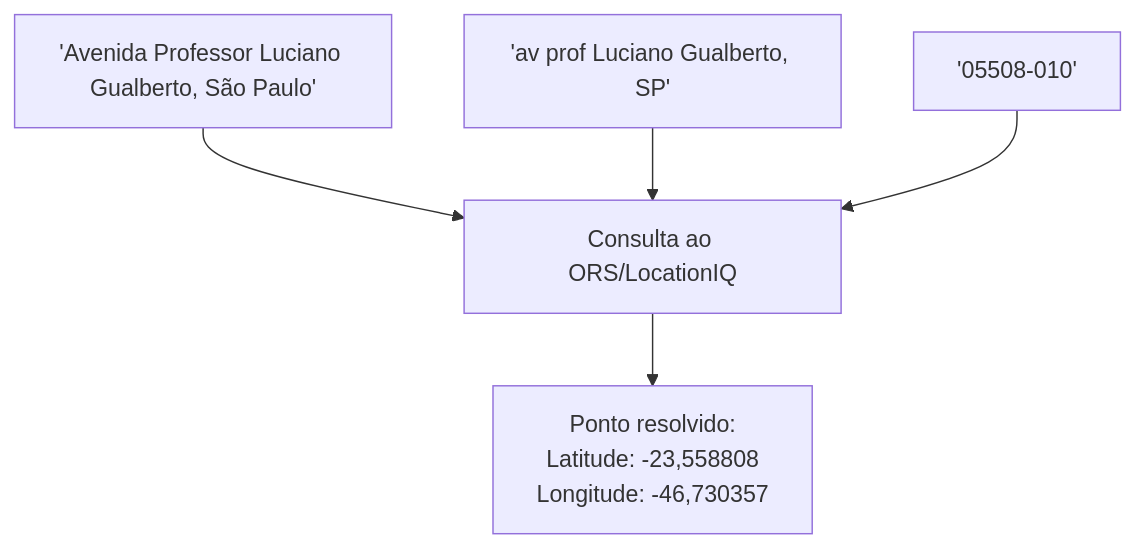
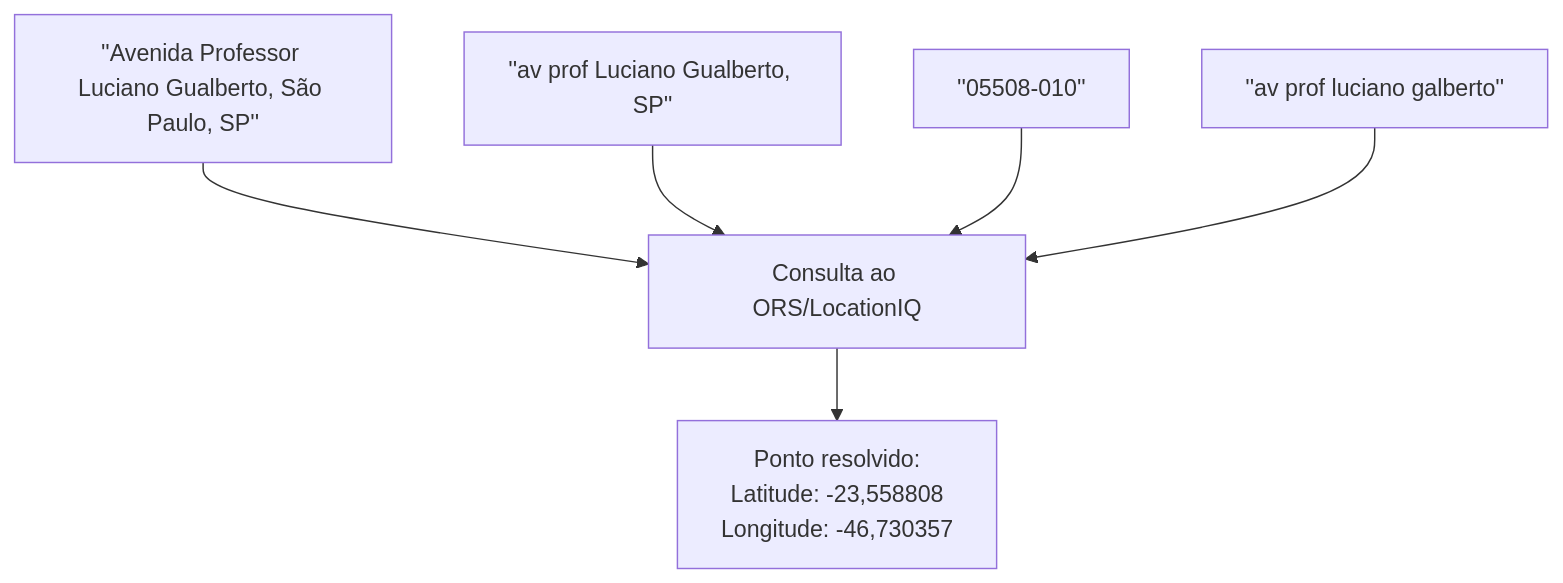
One commit to pennylanesccp/cabotage-lens changed the second of 3 diagrams in docs/tf_technical_article_draft.md. Above: the diagram before and after it, drawn with Mermaid. The commit also changed other lines of this file and 1 other file, not shown here.

````diff
--- a/docs/tf_technical_article_draft.md
+++ b/docs/tf_technical_article_draft.md
@@ -491,7 +493,8 @@
 ```mermaid
 flowchart TB
-    A["'Avenida Professor Luciano Gualberto, São Paulo'"] --> O["Consulta ao ORS/LocationIQ"]
-    B["'av prof Luciano Gualberto, SP'"] --> O
-    C["'05508-010'"] --> O
+    A["''Avenida Professor Luciano Gualberto, São Paulo, SP''"] --> O["Consulta ao ORS/LocationIQ"]
+    B["''av prof Luciano Gualberto, SP''"] --> O
+    C["''05508-010''"] --> O
+    D["''av prof luciano galberto''"] --> O
     O -->R["Ponto resolvido:<br/>Latitude: -23,558808<br/>Longitude: -46,730357"]
 ```
````
